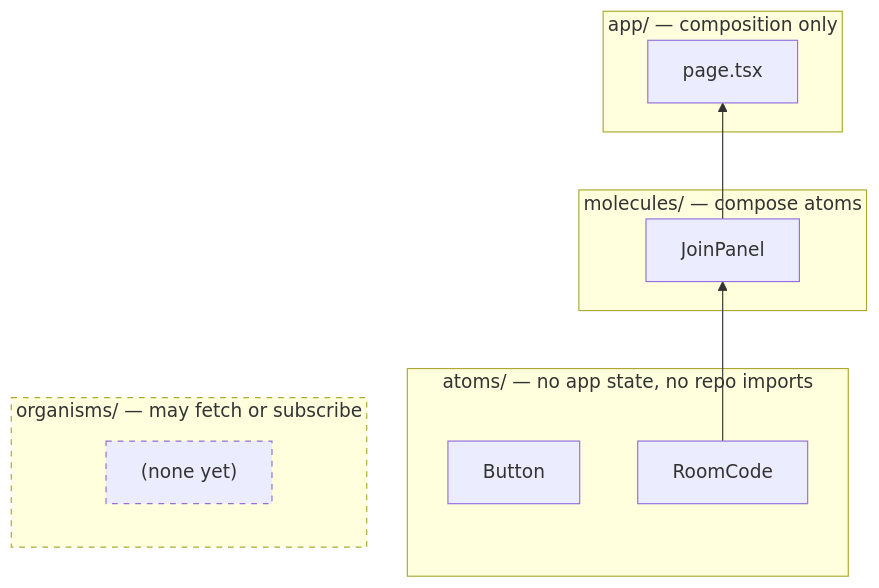
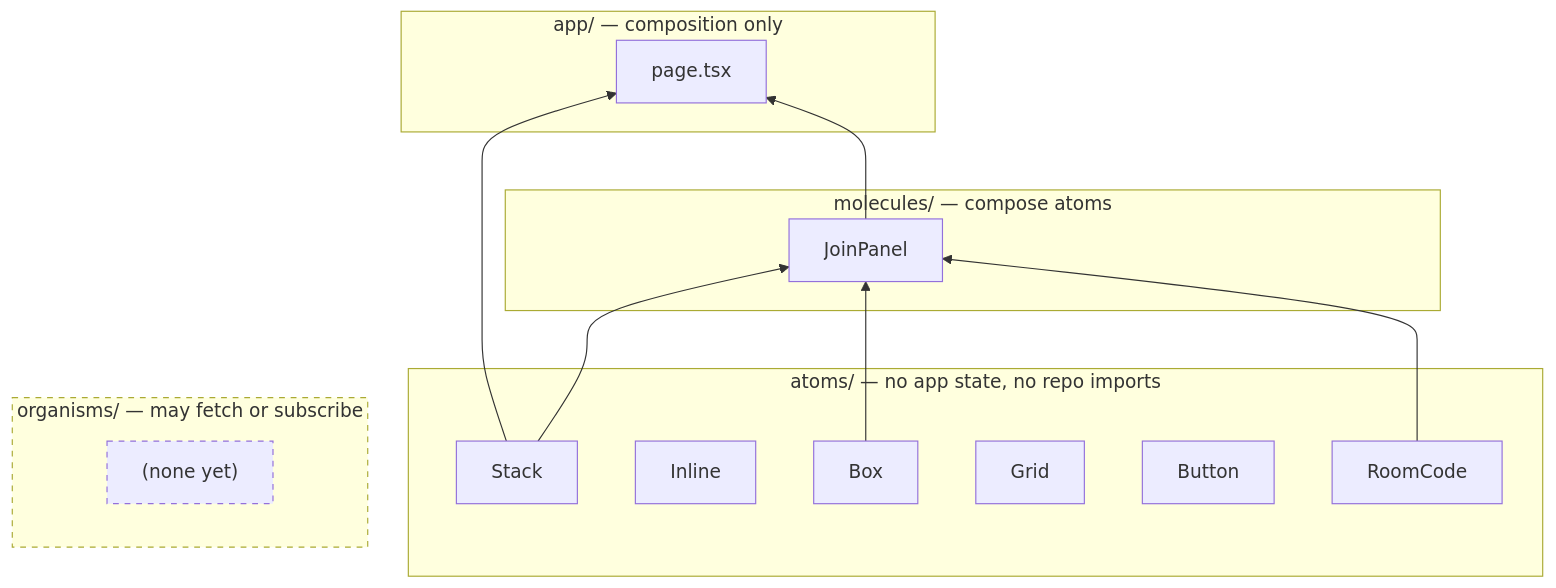
One commit to Jmeza081/captionist changed the second of 4 diagrams in docs/architecture.md. Above: the diagram before and after it, drawn with Mermaid. The commit also changed other lines of this file and 38 other files, not shown here.

````diff
--- a/docs/architecture.md
+++ b/docs/architecture.md
@@ -57,22 +58,29 @@
 ```mermaid
 graph BT
   subgraph atoms["atoms/ — no app state, no repo imports"]
+    Stack["Stack"]
+    Inline["Inline"]
+    Box["Box"]
+    Grid["Grid"]
     Button["Button"]
     RoomCode["RoomCode"]
   end
   subgraph molecules["molecules/ — compose atoms"]
     JoinPanel["JoinPanel"]
   end
   subgraph organisms["organisms/ — may fetch or subscribe"]
     Empty["(none yet)"]
   end
   subgraph pages["app/ — composition only"]
     Home["page.tsx"]
   end
 
   RoomCode --> JoinPanel
+  Stack --> JoinPanel
+  Box --> JoinPanel
   JoinPanel --> Home
+  Stack --> Home
 
   style organisms stroke-dasharray: 5 5
   style Empty stroke-dasharray: 5 5
 ```
````
